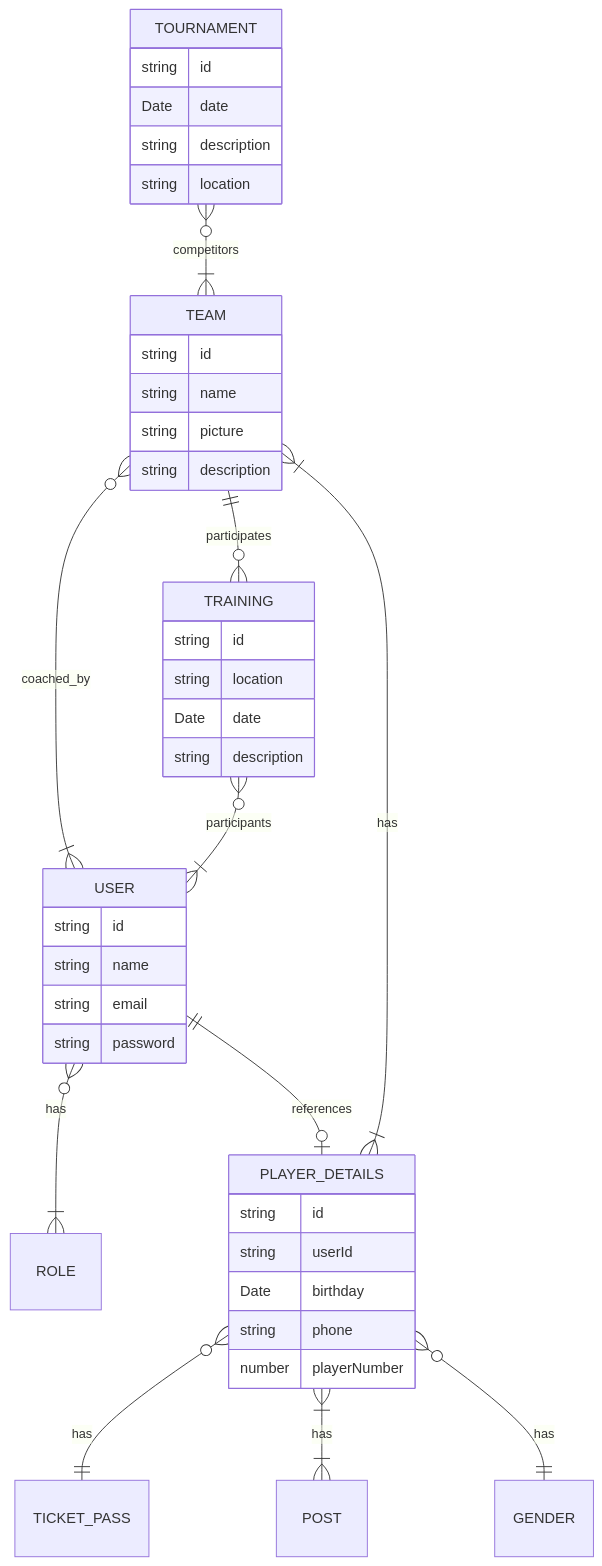
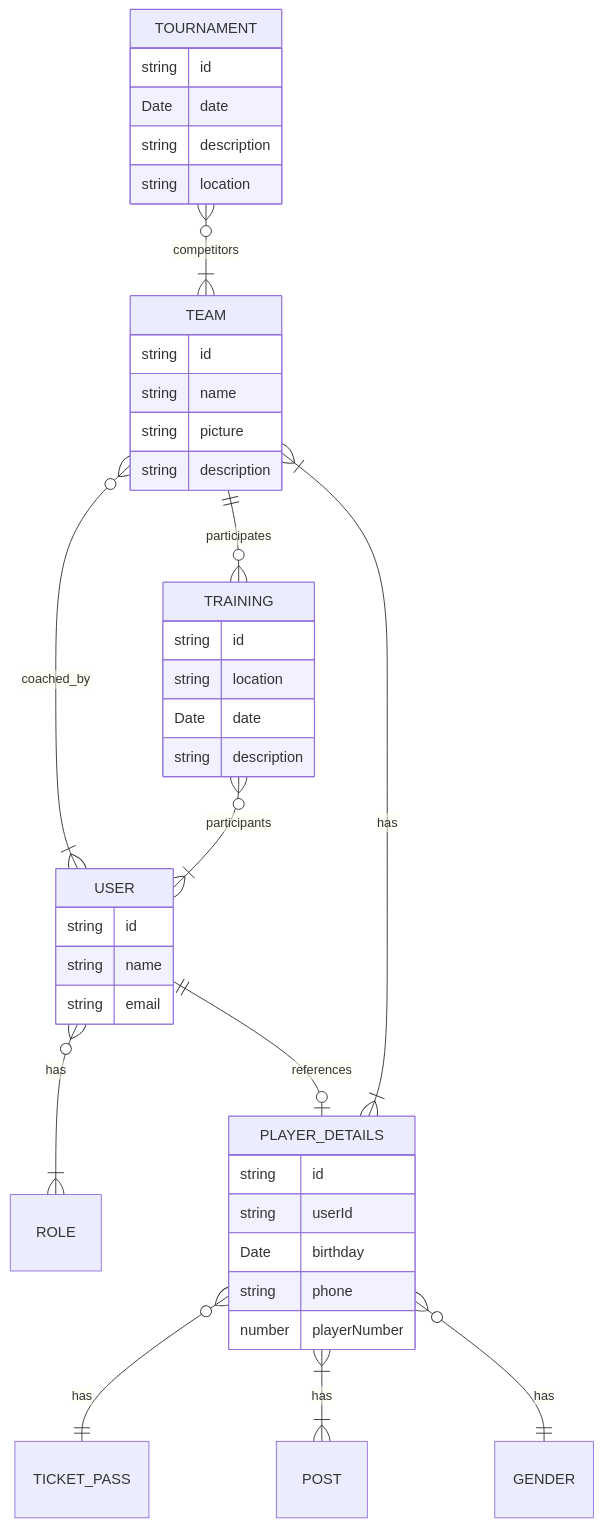
One commit to fbettir/volleyball-management-appp changed the diagram in VolleyballManagementAppFrontend/README.md. Above: the diagram before and after it, drawn with Mermaid. The commit also changed 21 other files, not shown here.

````diff
--- a/VolleyballManagementAppFrontend/README.md
+++ b/VolleyballManagementAppFrontend/README.md
@@ -1,48 +1,47 @@
 ```mermaid
     erDiagram
     ROLE { }
     GENDER { }
     POST { }
     TICKET_PASS { }
     USER {
         string id
         string name
         string email
-        string password
     }
     PLAYER_DETAILS {
         string id
         string userId
         Date birthday
         string phone
         number playerNumber
     } 
     TEAM {
         string id
         string name
         string picture
         string description
     }
     TRAINING {
         string id
         string location
         Date date
         string description
     }
     TOURNAMENT {
         string id
         Date date
         string description 
         string location
     }
     USER ||--o| PLAYER_DETAILS : references
     TEAM }|--|{ PLAYER_DETAILS : has
     TEAM ||--o{ TRAINING : participates
     USER }o--|{ ROLE: has
     PLAYER_DETAILS }o--|| TICKET_PASS: has
     PLAYER_DETAILS }|--|{ POST: has
     PLAYER_DETAILS }o--|| GENDER: has
     TEAM }o--|{ USER : coached_by
     TRAINING }o--|{ USER : participants
     TOURNAMENT }o--|{ TEAM : competitors
 ```
````
